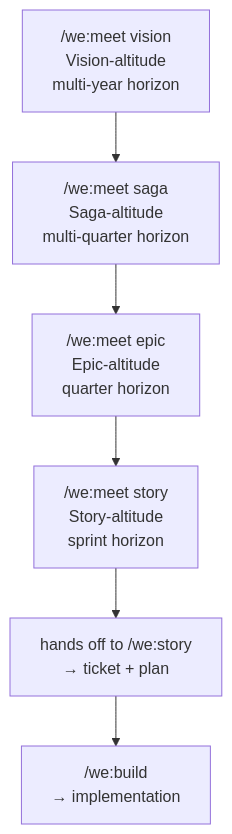
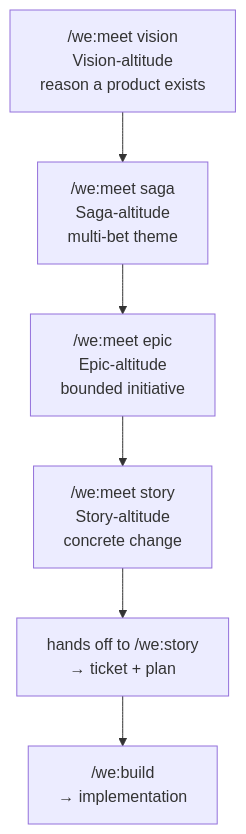
One commit to weside-ai/claude-code-plugin changed the diagram in docs/concepts/meetings.md. Above: the diagram before and after it, drawn with Mermaid. The commit also changed other lines of this file and 4 other files, not shown here.

First line of the commit message:
docs(plan-skills): sync user-facing docs with smart-mode saga + epic shape

````diff
--- a/docs/concepts/meetings.md
+++ b/docs/concepts/meetings.md
@@ -13,8 +13,8 @@
 ```mermaid
 flowchart TB
-    V["/we:meet vision<br/>Vision-altitude<br/>multi-year horizon"] --> S["/we:meet saga<br/>Saga-altitude<br/>multi-quarter horizon"]
-    S --> E["/we:meet epic<br/>Epic-altitude<br/>quarter horizon"]
-    E --> R["/we:meet story<br/>Story-altitude<br/>sprint horizon"]
+    V["/we:meet vision<br/>Vision-altitude<br/>reason a product exists"] --> S["/we:meet saga<br/>Saga-altitude<br/>multi-bet theme"]
+    S --> E["/we:meet epic<br/>Epic-altitude<br/>bounded initiative"]
+    E --> R["/we:meet story<br/>Story-altitude<br/>concrete change"]
     R --> Solo[hands off to /we:story<br/>→ ticket + plan]
     Solo --> Build["/we:build<br/>→ implementation"]
 ```
````
